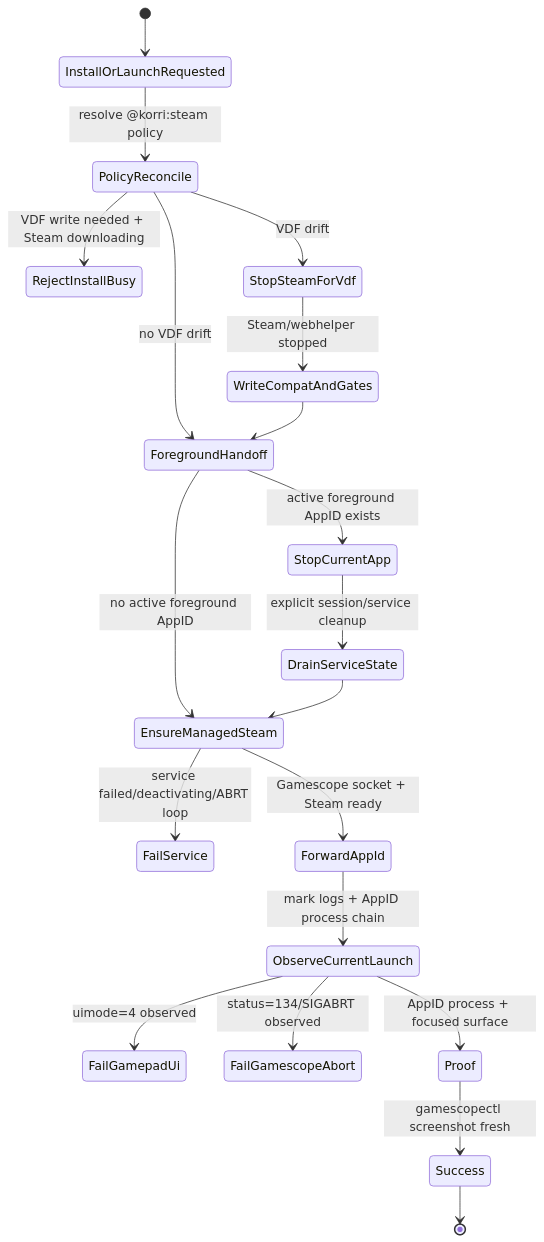
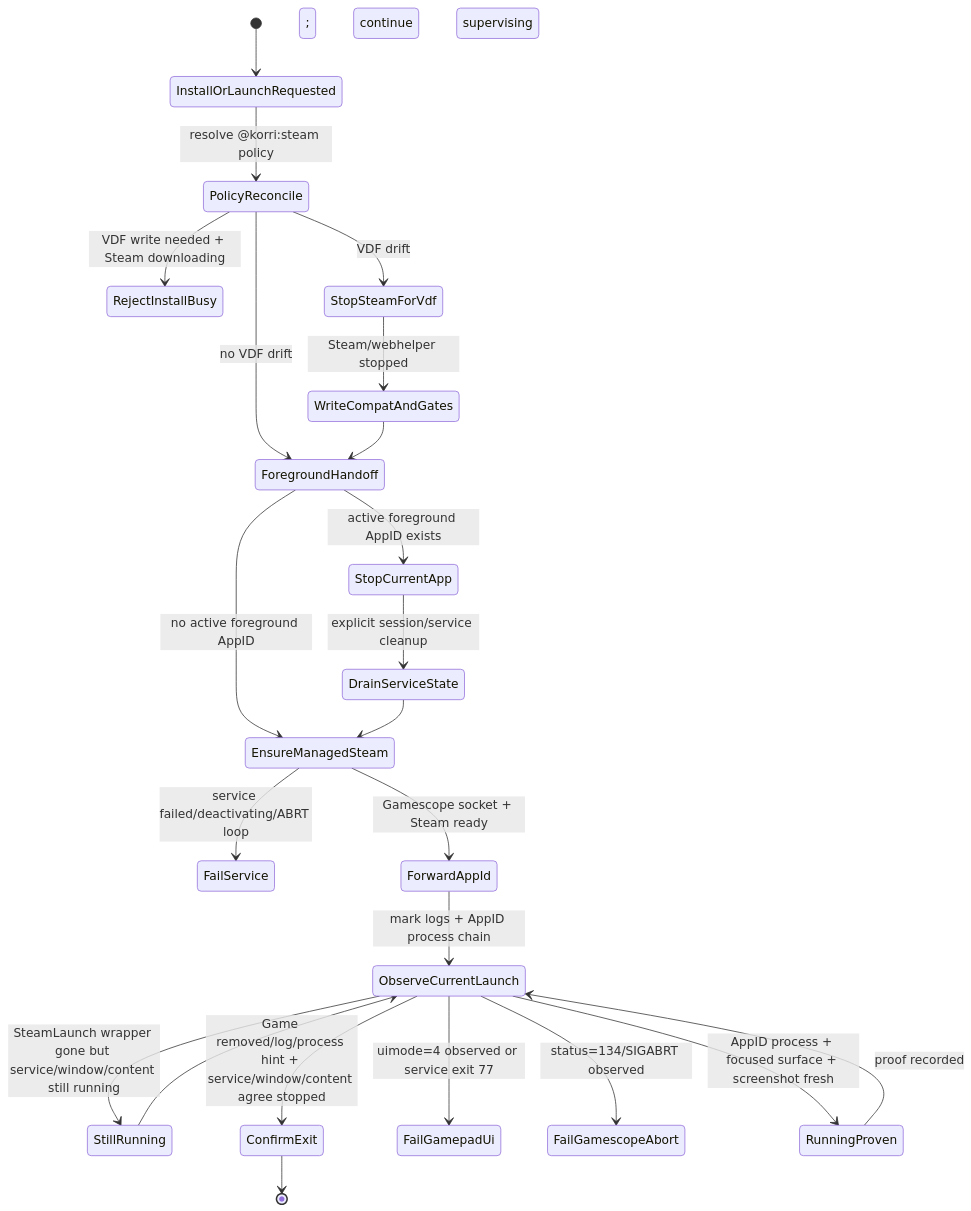
Before and after one commit to simonwjackson/korri: the diagram in work/items/active/20260707-steam-appid-exclusive-gamescope-lifecycle/plan.md, drawn with Mermaid. The commit also changed other lines of this file, not shown here.

First line of the commit message:
docs(work): deepen Steam AppID lifecycle plan

````diff
--- a/work/items/active/20260707-steam-appid-exclusive-gamescope-lifecycle/plan.md
+++ b/work/items/active/20260707-steam-appid-exclusive-gamescope-lifecycle/plan.md
@@ -136,22 +148,25 @@
 ```mermaid
 stateDiagram-v2
   [*] --> InstallOrLaunchRequested
   InstallOrLaunchRequested --> PolicyReconcile: resolve @korri:steam policy
   PolicyReconcile --> RejectInstallBusy: VDF write needed + Steam downloading
   PolicyReconcile --> StopSteamForVdf: VDF drift
   PolicyReconcile --> ForegroundHandoff: no VDF drift
   StopSteamForVdf --> WriteCompatAndGates: Steam/webhelper stopped
   WriteCompatAndGates --> ForegroundHandoff
   ForegroundHandoff --> StopCurrentApp: active foreground AppID exists
   StopCurrentApp --> DrainServiceState: explicit session/service cleanup
   ForegroundHandoff --> EnsureManagedSteam: no active foreground AppID
   DrainServiceState --> EnsureManagedSteam
   EnsureManagedSteam --> FailService: service failed/deactivating/ABRT loop
   EnsureManagedSteam --> ForwardAppId: Gamescope socket + Steam ready
   ForwardAppId --> ObserveCurrentLaunch: mark logs + AppID process chain
-  ObserveCurrentLaunch --> FailGamepadUi: uimode=4 observed
+  ObserveCurrentLaunch --> StillRunning: SteamLaunch wrapper gone but service/window/content still running
+  StillRunning --> ObserveCurrentLaunch
+  ObserveCurrentLaunch --> ConfirmExit: Game removed/log/process hint + service/window/content agree stopped
+  ObserveCurrentLaunch --> FailGamepadUi: uimode=4 observed or service exit 77
   ObserveCurrentLaunch --> FailGamescopeAbort: status=134/SIGABRT observed
-  ObserveCurrentLaunch --> Proof: AppID process + focused surface
-  Proof --> Success: gamescopectl screenshot fresh
-  Success --> [*]
+  ObserveCurrentLaunch --> RunningProven: AppID process + focused surface + screenshot fresh
+  RunningProven --> ObserveCurrentLaunch: proof recorded; continue supervising
+  ConfirmExit --> [*]
 ```
````
